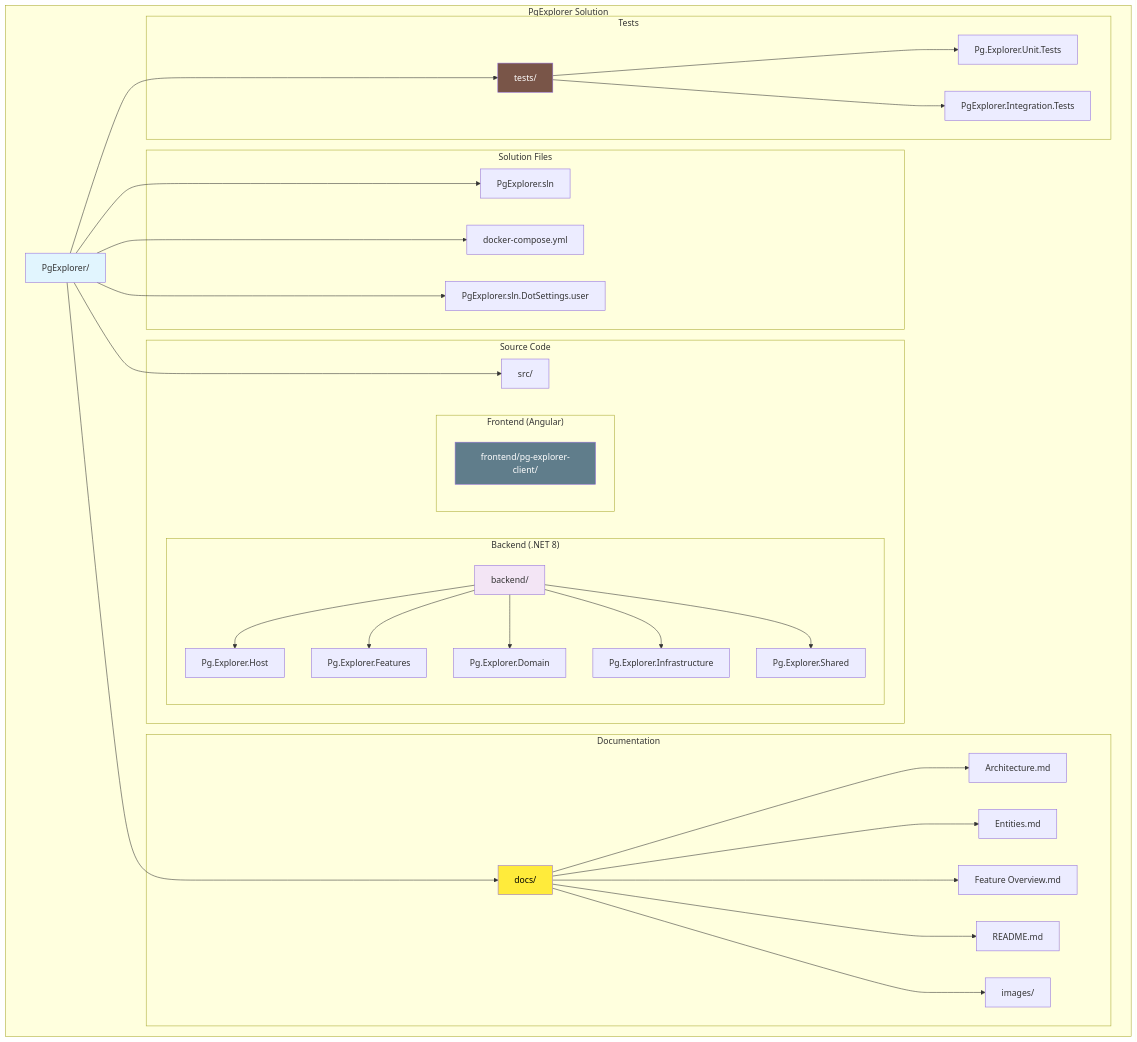
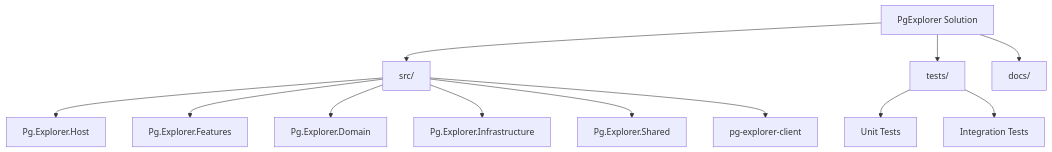
One commit to Furqat-Abduvosiqov/PgExplorer changed the first of 10 diagrams in docs/Architecture.md. Above: the diagram before and after it, drawn with Mermaid. The commit also changed other lines of this file, not shown here.

````diff
--- a/docs/Architecture.md
+++ b/docs/Architecture.md
@@ -18,57 +11,17 @@
 ```mermaid
 graph TD
-    subgraph "PgExplorer Solution"
-        ROOT[PgExplorer/]
-        
-        subgraph "Solution Files"
-            SOL[PgExplorer.sln]
-            DOCKER[docker-compose.yml]
-            DOTSETTINGS[PgExplorer.sln.DotSettings.user]
-        end
-        
-        subgraph "Documentation"
-            DOCS[docs/]
-            DOCS --> ARCH[Architecture.md]
-            DOCS --> ENT[Entities.md]
-            DOCS --> FEAT[Feature Overview.md]
-            DOCS --> README[README.md]
-            DOCS --> IMAGES[images/]
-        end
-        
-        subgraph "Source Code"
-            SRC[src/]
-            
-            subgraph "Backend (.NET 8)"
-                BACKEND[backend/]
-                BACKEND --> HOST[Pg.Explorer.Host]
-                BACKEND --> FEATURES[Pg.Explorer.Features]
-                BACKEND --> DOMAIN[Pg.Explorer.Domain]
-                BACKEND --> INFRA[Pg.Explorer.Infrastructure]
-                BACKEND --> SHARED[Pg.Explorer.Shared]
-            end
-            
-            subgraph "Frontend (Angular)"
-                FRONTEND[frontend/pg-explorer-client/]
-            end
-        end
-        
-        subgraph "Tests"
-            TESTS[tests/]
-            TESTS --> UNITTESTS[Pg.Explorer.Unit.Tests]
-            TESTS --> INTEGTESTS[PgExplorer.Integration.Tests]
-        end
-    end
-    
-    ROOT --> SOL
-    ROOT --> DOCKER
-    ROOT --> DOTSETTINGS
-    ROOT --> DOCS
-    ROOT --> SRC
-    ROOT --> TESTS
-    
-    style ROOT fill:#e1f5fe
-    style BACKEND fill:#f3e5f5
-    style FRONTEND fill:#607d8b,color:#fff
-    style TESTS fill:#795548,color:#fff
-    style DOCS fill:#ffeb3b,color:#000
+    ROOT[PgExplorer Solution]
+    ROOT --> SRC[src/]
+    ROOT --> TESTS[tests/]
+    ROOT --> DOCS[docs/]
+
+    SRC --> HOST[Pg.Explorer.Host]
+    SRC --> FEATURES[Pg.Explorer.Features]
+    SRC --> DOMAIN[Pg.Explorer.Domain]
+    SRC --> INFRA[Pg.Explorer.Infrastructure]
+    SRC --> SHARED[Pg.Explorer.Shared]
+    SRC --> FRONT[pg-explorer-client]
+
+    TESTS --> UNIT[Unit Tests]
+    TESTS --> INTEG[Integration Tests]
 ```
````
